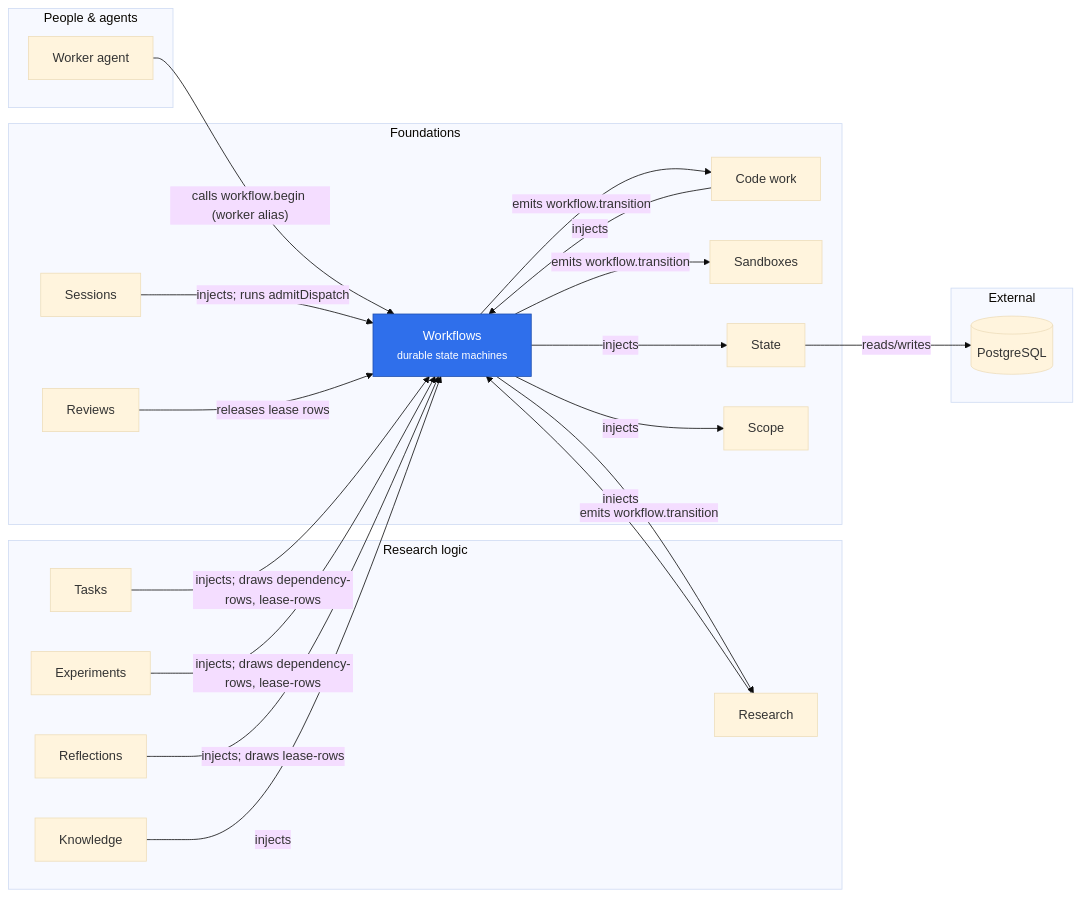
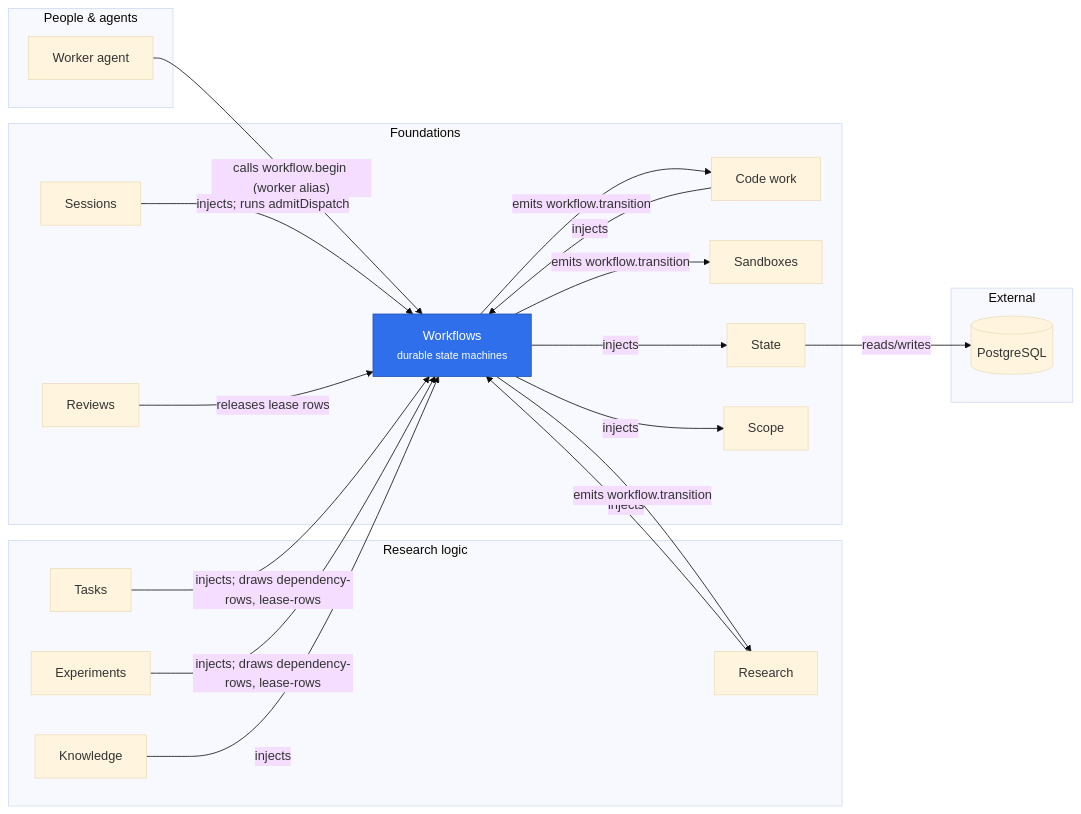
Before and after one commit to rapidreview-io/Merv: the diagram in merv-typescript/packages/workflows/README.md, drawn with Mermaid (base theme). The commit also changed other lines of this file and 132 other files, not shown here.

````diff
--- a/merv-typescript/packages/workflows/README.md
+++ b/merv-typescript/packages/workflows/README.md
@@ -12,42 +12,40 @@
 ```mermaid
 flowchart LR
   subgraph peopleLayer["People & agents"]
     workerAgent["Worker agent"]
   end
   subgraph researchLayer["Research logic"]
     tasks["Tasks"]
     experiments["Experiments"]
-    reflections["Reflections"]
     research["Research"]
     knowledge["Knowledge"]
   end
   subgraph foundationsLayer["Foundations"]
     workflows["Workflows<br/><small>durable state machines</small>"]
     sessions["Sessions"]
     reviews["Reviews"]
     codeWork["Code work"]
     sandboxes["Sandboxes"]
     state["State"]
     scope["Scope"]
   end
   subgraph externalLayer["External"]
     postgres[("PostgreSQL")]
   end
   workerAgent -- "calls workflow.begin (worker alias)" --> workflows
   tasks -- "injects; draws dependency-rows, lease-rows" --> workflows
   experiments -- "injects; draws dependency-rows, lease-rows" --> workflows
-  reflections -- "injects; draws lease-rows" --> workflows
   research -- "injects" --> workflows
   knowledge -- "injects" --> workflows
   sessions -- "injects; runs admitDispatch" --> workflows
   reviews -- "releases lease rows" --> workflows
   codeWork -- "injects" --> workflows
   workflows -- "emits workflow.transition" --> sandboxes
   workflows -- "emits workflow.transition" --> codeWork
   workflows -- "emits workflow.transition" --> research
   workflows -- "injects" --> state
   workflows -- "injects" --> scope
   state -- "reads/writes" --> postgres
   classDef self fill:#2f6feb,color:#fff,stroke:#1f4fb0
   class workflows self
 ```
````
